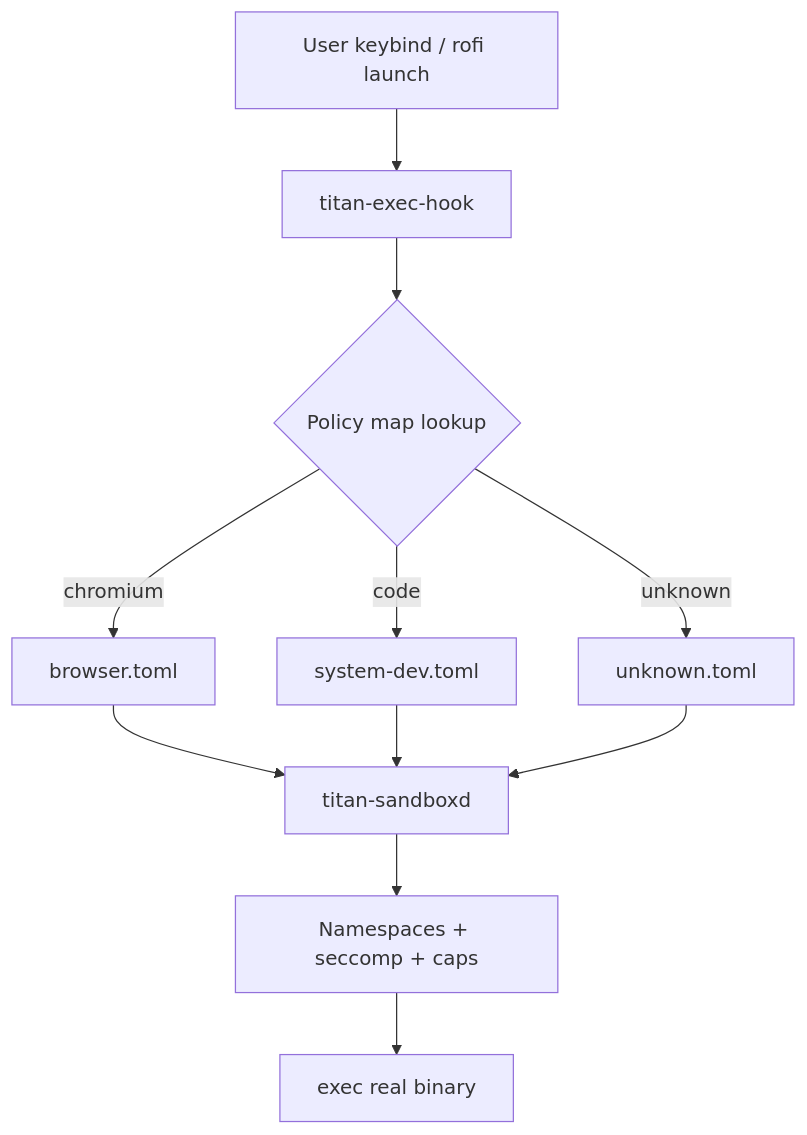
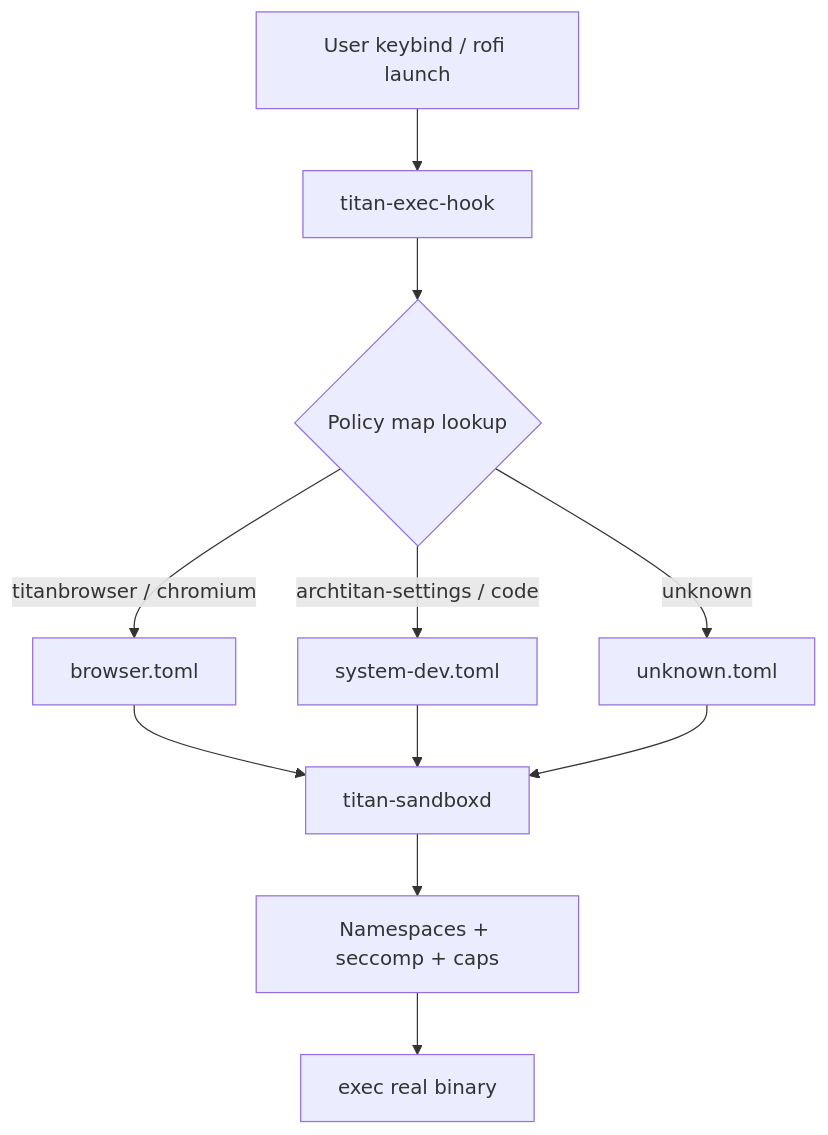
One commit to GitGuru29/archtitan-os changed the fourth of 4 diagrams in wiki/Architecture.md. Above: the diagram before and after it, drawn with Mermaid. The commit also changed other lines of this file and 13 other files, not shown here.

Commit message:
docs(wiki): update wiki documentation with latest components and architectural details

````diff
--- a/wiki/Architecture.md
+++ b/wiki/Architecture.md
@@ -145,13 +150,13 @@
 ```mermaid
 flowchart TD
     A[User keybind / rofi launch] --> H[titan-exec-hook]
     H --> M{Policy map lookup}
-    M -->|chromium| B[browser.toml]
-    M -->|code| D[system-dev.toml]
+    M -->|titanbrowser / chromium| B[browser.toml]
+    M -->|archtitan-settings / code| D[system-dev.toml]
     M -->|unknown| U[unknown.toml]
     B --> S[titan-sandboxd]
     D --> S
     U --> S
     S --> N[Namespaces + seccomp + caps]
     N --> E[exec real binary]
 ```
````
